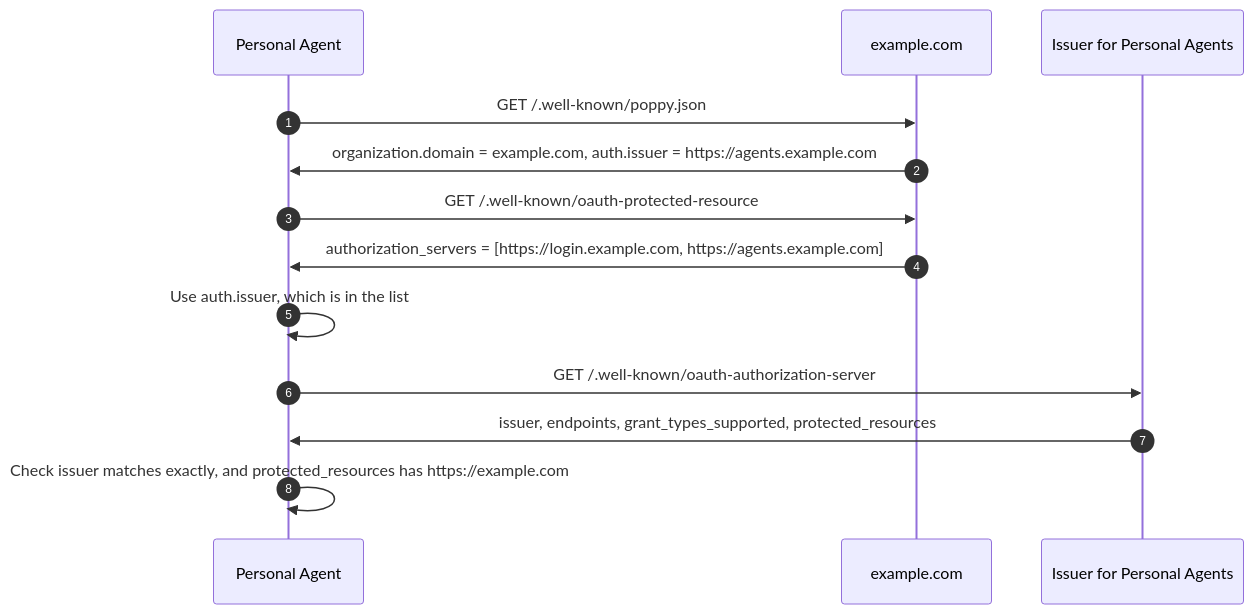
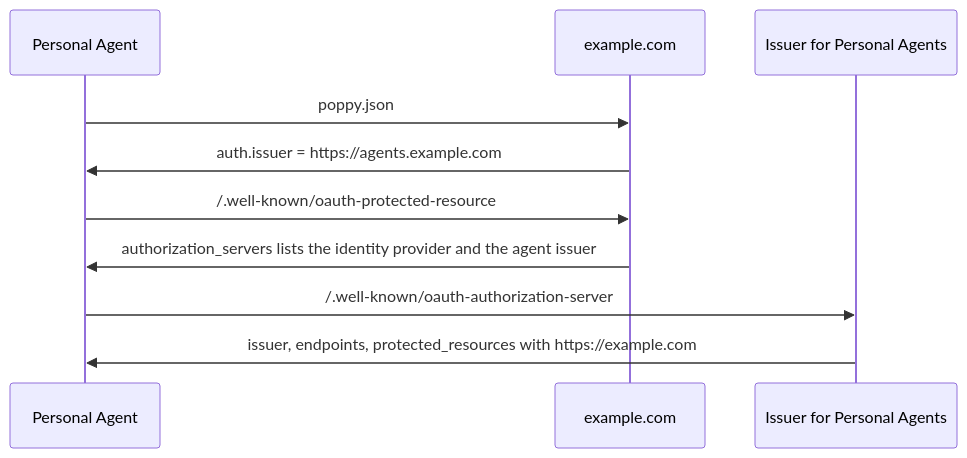
Before and after one commit to gaokevin1/personal-agent-protocol: the fourth of 8 diagrams in kit/company/patterns/identity-provider.md, drawn with Mermaid. The commit also changed other lines of this file and 1 other file, not shown here.

Commit message:
Trim the identity provider pattern to the essentials

````diff
--- a/kit/company/patterns/identity-provider.md
+++ b/kit/company/patterns/identity-provider.md
@@ -172,15 +105,12 @@
 ```mermaid
 sequenceDiagram
-  autonumber
   participant PA as Personal Agent
   participant Site as example.com
   participant AS as Issuer for Personal Agents
-  PA->>Site: GET /.well-known/poppy.json
-  Site->>PA: organization.domain = example.com, auth.issuer = https://agents.example.com
-  PA->>Site: GET /.well-known/oauth-protected-resource
-  Site->>PA: authorization_servers = [https://login.example.com, https://agents.example.com]
-  PA->>PA: Use auth.issuer, which is in the list
-  PA->>AS: GET /.well-known/oauth-authorization-server
-  AS->>PA: issuer, endpoints, grant_types_supported, protected_resources
-  PA->>PA: Check issuer matches exactly, and protected_resources has https://example.com
+  PA->>Site: poppy.json
+  Site->>PA: auth.issuer = https://agents.example.com
+  PA->>Site: /.well-known/oauth-protected-resource
+  Site->>PA: authorization_servers lists the identity provider and the agent issuer
+  PA->>AS: /.well-known/oauth-authorization-server
+  AS->>PA: issuer, endpoints, protected_resources with https://example.com
 ```
````
